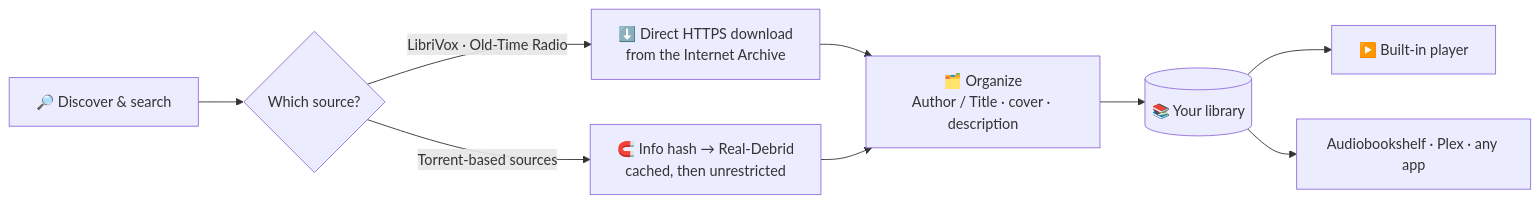
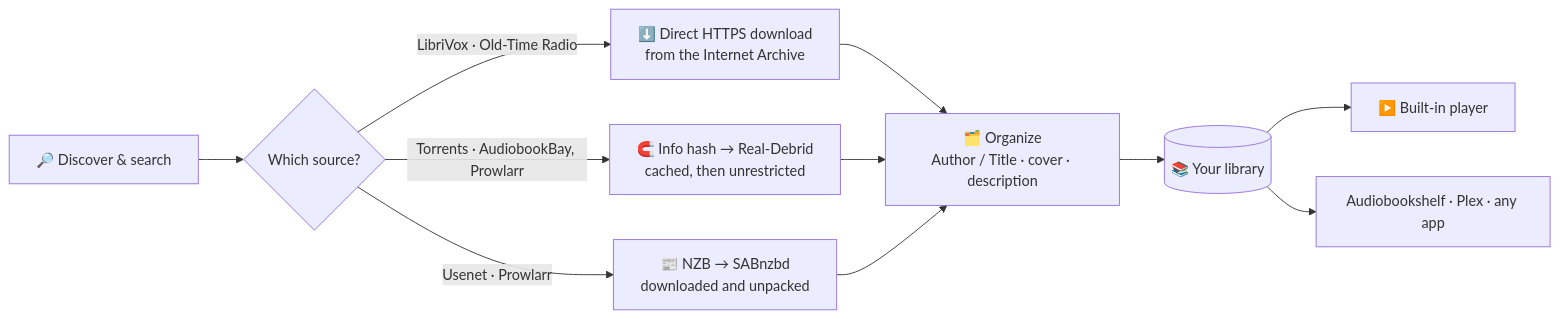
Before and after one commit to curator8888/narratarr: the diagram in README.md, drawn with Mermaid. The commit also changed other lines of this file and 16 other files, not shown here.

First line of the commit message:
Add Prowlarr search and SABnzbd downloads

````diff
--- a/README.md
+++ b/README.md
@@ -205,11 +206,13 @@
 ```mermaid
 flowchart LR
     A["🔎 Discover & search"] --> B{"Which source?"}
     B -- "LibriVox · Old-Time Radio" --> C["⬇️ Direct HTTPS download<br/>from the Internet Archive"]
-    B -- "Torrent-based sources" --> D["🧲 Info hash → Real-Debrid<br/>cached, then unrestricted"]
+    B -- "Torrents · AudiobookBay, Prowlarr" --> D["🧲 Info hash → Real-Debrid<br/>cached, then unrestricted"]
+    B -- "Usenet · Prowlarr" --> U["📰 NZB → SABnzbd<br/>downloaded and unpacked"]
     C --> E["🗂️ Organize<br/>Author / Title · cover · description"]
     D --> E
+    U --> E
     E --> F[("📚 Your library")]
     F --> G["▶️ Built-in player"]
     F --> H["Audiobookshelf · Plex · any app"]
 ```
````
